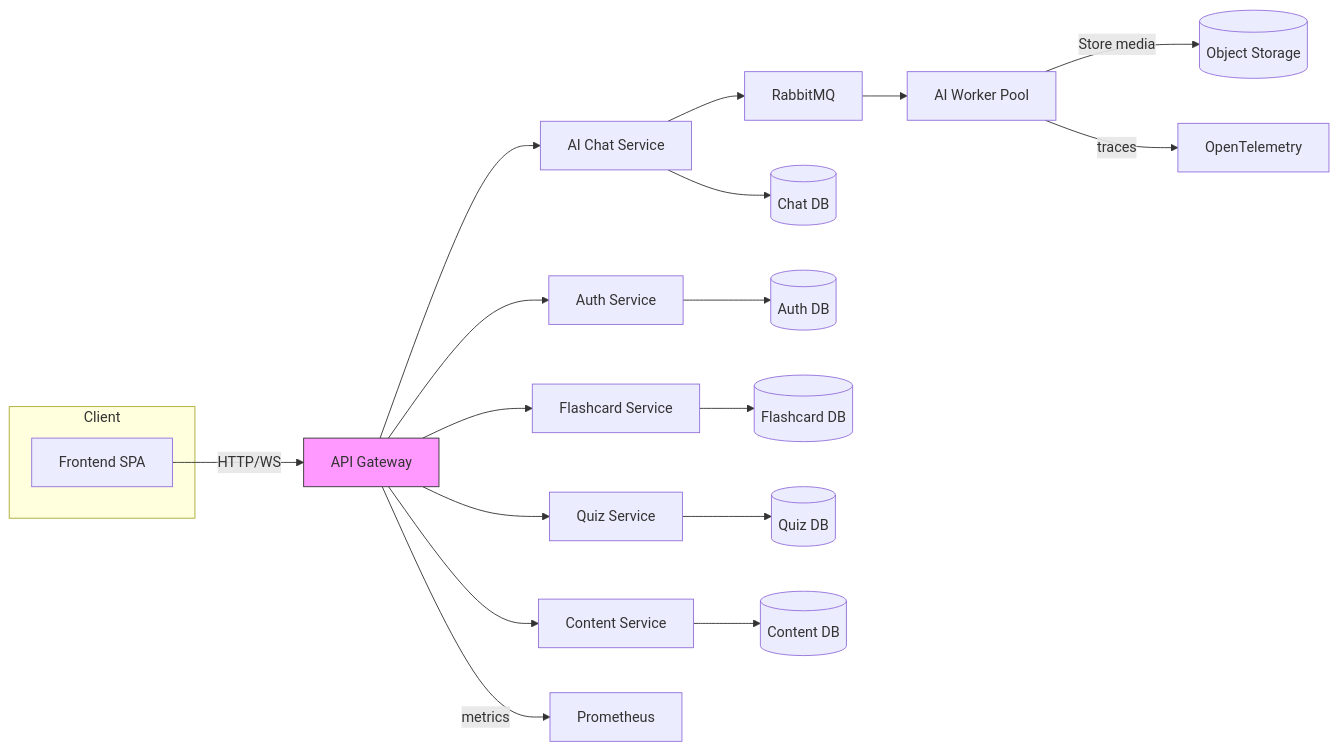
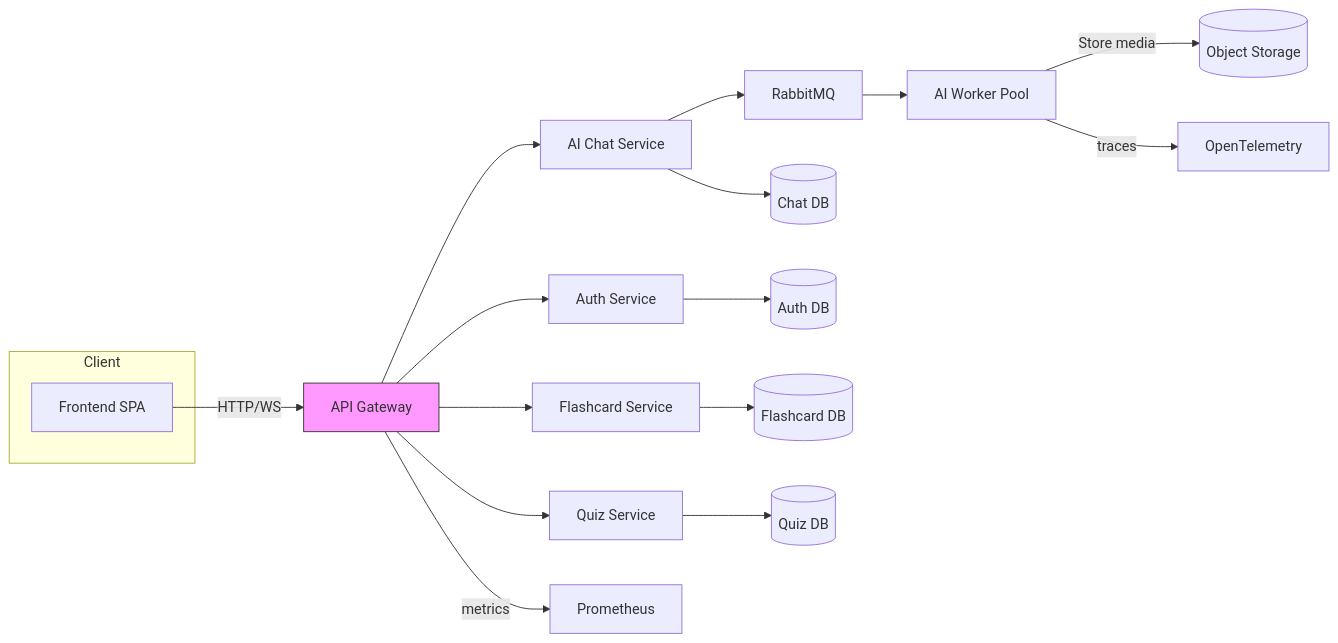
The second of 2 diagrams in ARCHITECTURE.md (kineeart/Seminar), drawn with Mermaid before and after one commit. The commit also changed other lines of this file and 42 other files, not shown here.

First line of the commit message:
refactor: remove content service and related references

````diff
--- a/ARCHITECTURE.md
+++ b/ARCHITECTURE.md
@@ -98,27 +93,25 @@
 ```mermaid
 graph LR
   subgraph Client
     A[Frontend SPA]
   end
 
   A -->|HTTP/WS| GW[API Gateway]
   GW --> Auth[Auth Service]
   GW --> Chat[AI Chat Service]
   GW --> Flash[Flashcard Service]
   GW --> Quiz[Quiz Service]
-  GW --> Content[Content Service]
 
   Chat --> Broker[RabbitMQ]
   Broker --> Worker[AI Worker Pool]
   Chat --> ChatDB[(Chat DB)]
   Auth --> AuthDB[(Auth DB)]
   Flash --> FlashDB[(Flashcard DB)]
   Quiz --> QuizDB[(Quiz DB)]
-  Content --> ContentDB[(Content DB)]
 
   Worker -->|Store media| MinIO[(Object Storage)]
   GW -->|metrics| Prom[Prometheus]
   Worker -->|traces| OTEL[OpenTelemetry]
 
   style GW fill:#f9f,stroke:#333,stroke-width:1px
 ```
````
